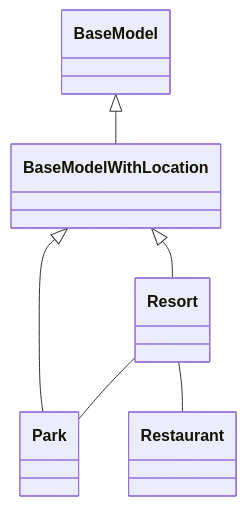
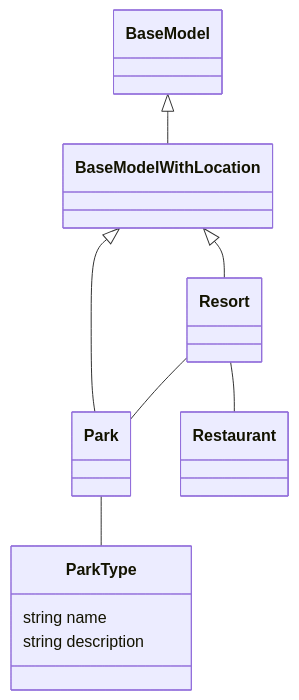
Before and after one commit to BasBrunink/tpdb: the diagram in documentation/datamodel/data-classDiagram.mermaid, drawn with Mermaid. The commit also changed other lines of this file and 40 other files, not shown here.

```diff
--- a/documentation/datamodel/data-classDiagram.mermaid
+++ b/documentation/datamodel/data-classDiagram.mermaid
@@ -1,24 +1,30 @@
 classDiagram
 
     class BaseModel {
 
     }
     class BaseModelWithLocation {
 
     }
 
     class Resort {
 
     }
 
     class Park {
 
     }
 
+    class ParkType {
+        string name
+        string description
+    }
+
 
 
     BaseModel <|-- BaseModelWithLocation
     BaseModelWithLocation <|-- Resort
     BaseModelWithLocation <|-- Park
     Resort -- Park
     Resort -- Restaurant
+    Park -- ParkType
```
